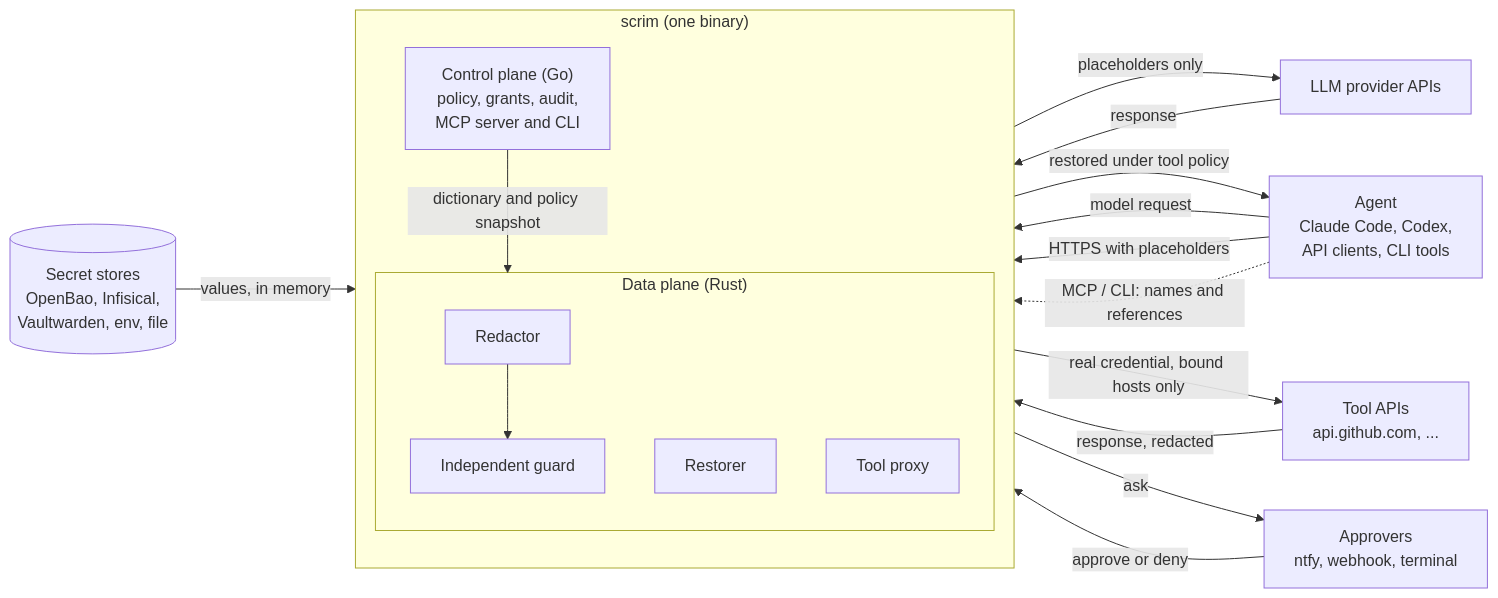
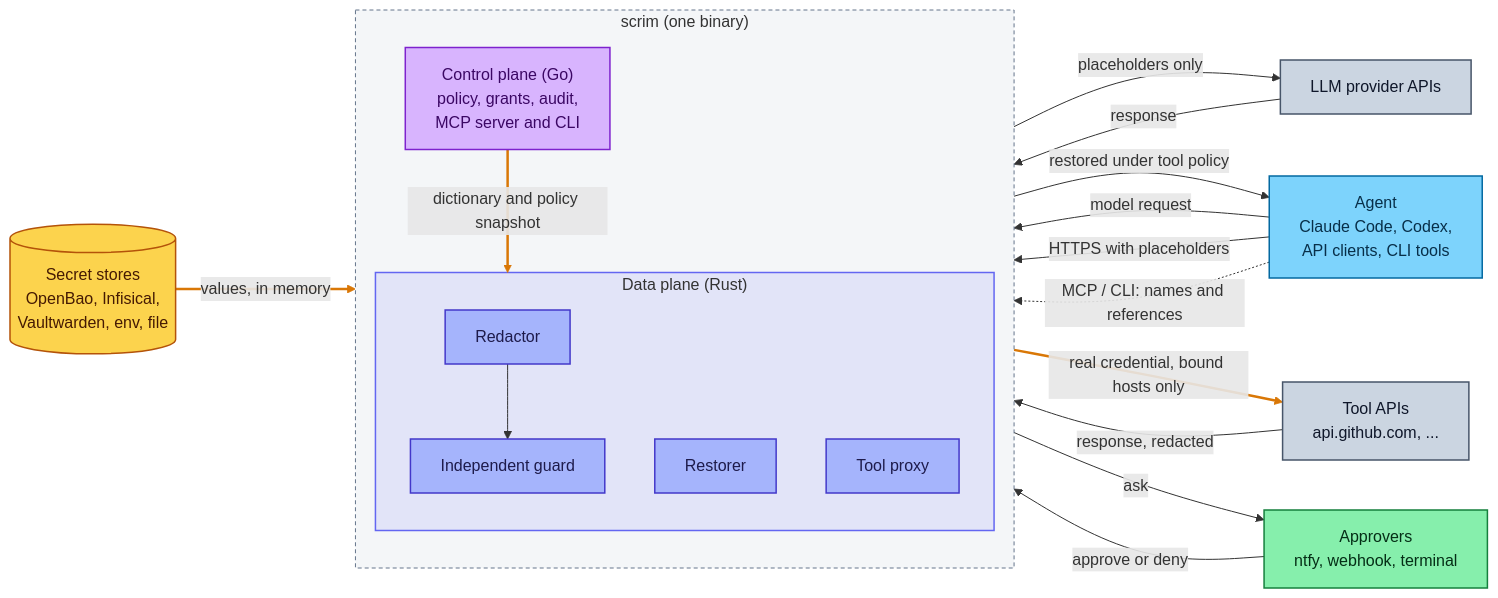
One commit to Heliopsy/scrim changed the diagram in README.md. Above: the diagram before and after it, drawn with Mermaid. The commit also changed other lines of this file and 6 other files, not shown here.

Commit message:
docs: new scrim logo and colour-coded mermaid diagrams

````diff
--- a/README.md
+++ b/README.md
@@ -45,32 +46,49 @@
 ```mermaid
 flowchart LR
   agent["Agent<br>Claude Code, Codex,<br>API clients, CLI tools"]
 
   subgraph scrim["scrim (one binary)"]
     direction TB
     subgraph dp["Data plane (Rust)"]
       red["Redactor"] --> guard["Independent guard"]
       rest["Restorer"]
       tp["Tool proxy"]
     end
     cp["Control plane (Go)<br>policy, grants, audit,<br>MCP server and CLI"]
   end
 
   stores[("Secret stores<br>OpenBao, Infisical,<br>Vaultwarden, env, file")]
   approvers["Approvers<br>ntfy, webhook, terminal"]
   provider["LLM provider APIs"]
   toolapis["Tool APIs<br>api.github.com, ..."]
 
   agent -- "model request" --> red
   guard -- "placeholders only" --> provider
   provider -- "response" --> rest
   rest -- "restored under tool policy" --> agent
   agent -- "HTTPS with placeholders" --> tp
   tp -- "real credential, bound hosts only" --> toolapis
   toolapis -- "response, redacted" --> tp
   agent -. "MCP / CLI: names and references" .-> cp
   stores -- "values, in memory" --> cp
   cp -- "dictionary and policy snapshot" --> dp
   cp -- "ask" --> approvers
   approvers -- "approve or deny" --> cp
+  classDef agent fill:#7dd3fc,stroke:#0369a1,stroke-width:1.5px,color:#082f49
+  classDef dplane fill:#a5b4fc,stroke:#4338ca,stroke-width:1.5px,color:#1e1b4b
+  classDef cplane fill:#d8b4fe,stroke:#7e22ce,stroke-width:1.5px,color:#3b0764
+  classDef store fill:#fcd34d,stroke:#b45309,stroke-width:1.5px,color:#451a03
+  classDef ext fill:#cbd5e1,stroke:#475569,stroke-width:1.5px,color:#0f172a
+  classDef human fill:#86efac,stroke:#15803d,stroke-width:1.5px,color:#052e16
+  classDef zone fill:#94a3b81a,stroke:#64748b,stroke-width:1px,stroke-dasharray:4 3
+  classDef dpzone fill:#6366f11f,stroke:#6366f1,stroke-width:1.5px
+  class agent agent
+  class red,guard,rest,tp dplane
+  class cp cplane
+  class stores store
+  class provider,toolapis ext
+  class approvers human
+  class scrim zone
+  class dp dpzone
+  linkStyle 6,9,10 stroke:#d97706,stroke-width:2.5px
 ```
````
